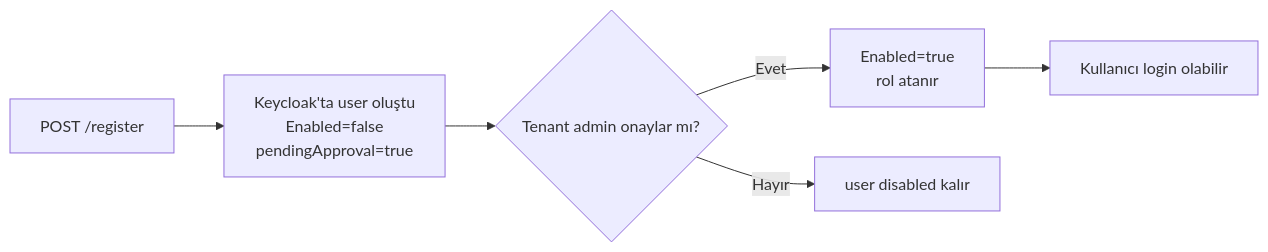
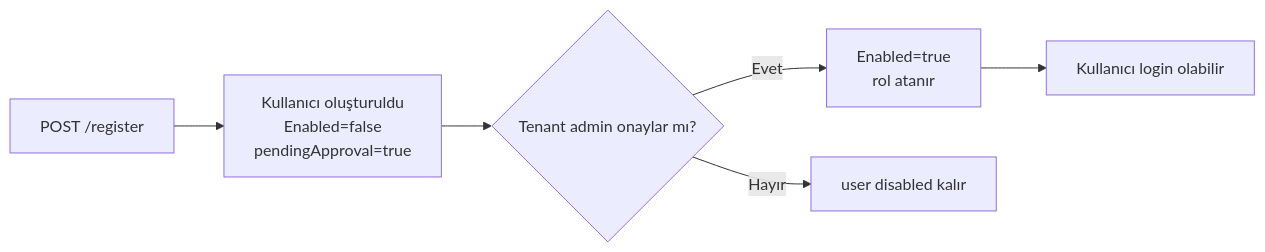
The diagram in identity/auth/register.mdx (payment-pos/mintlify), drawn with Mermaid before and after one commit. The commit also changed other lines of this file and 73 other files, not shown here.

````diff
--- a/identity/auth/register.mdx
+++ b/identity/auth/register.mdx
@@ -62,8 +62,8 @@
 ```mermaid
 flowchart LR
-    A[POST /register] --> B[Keycloak'ta user oluştu<br/>Enabled=false<br/>pendingApproval=true]
+    A[POST /register] --> B[Kullanıcı oluşturuldu<br/>Enabled=false<br/>pendingApproval=true]
     B --> C{Tenant admin onaylar mı?}
     C -->|Evet| D[Enabled=true<br/>rol atanır]
     C -->|Hayır| E[user disabled kalır]
     D --> F[Kullanıcı login olabilir]
 ```
````
